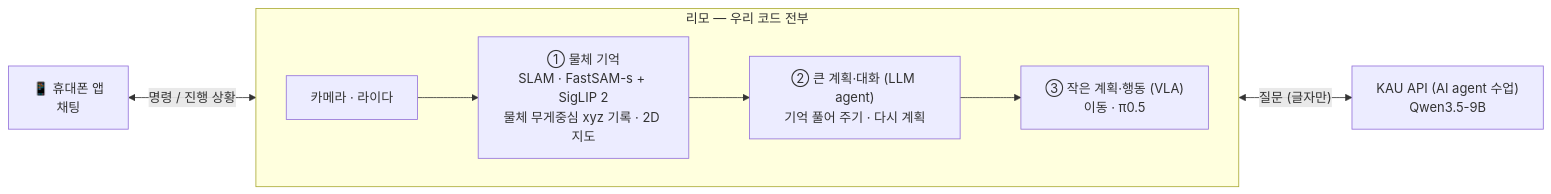
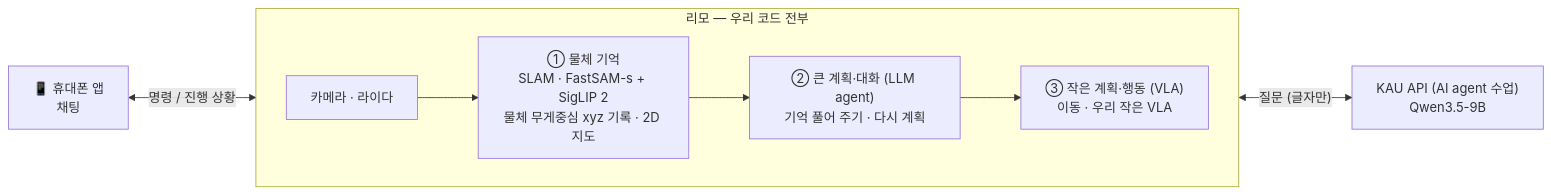
The diagram in docs/plan.md (juyoung020/robot-agent), drawn with Mermaid before and after one commit. The commit also changed other lines of this file and 15 other files, not shown here.

````diff
--- a/docs/plan.md
+++ b/docs/plan.md
@@ -15,13 +15,13 @@
 ```mermaid
 flowchart LR
     APP["📱 휴대폰 앱<br/>채팅"]
     subgraph LIMO["리모 — 우리 코드 전부"]
         direction LR
         S["카메라 · 라이다"] --> M["① 물체 기억<br/>SLAM · FastSAM-s + SigLIP 2<br/>물체 무게중심 xyz 기록 · 2D 지도"]
         M --> A["② 큰 계획·대화 (LLM agent)<br/>기억 풀어 주기 · 다시 계획"]
-        A --> V["③ 작은 계획·행동 (VLA)<br/>이동 · π0.5"]
+        A --> V["③ 작은 계획·행동 (VLA)<br/>이동 · 우리 작은 VLA"]
     end
     Q["KAU API (AI agent 수업)<br/>Qwen3.5-9B"]
     APP <-->|"명령 / 진행 상황"| A
     A <-->|"질문 (글자만)"| Q
 ```
````
